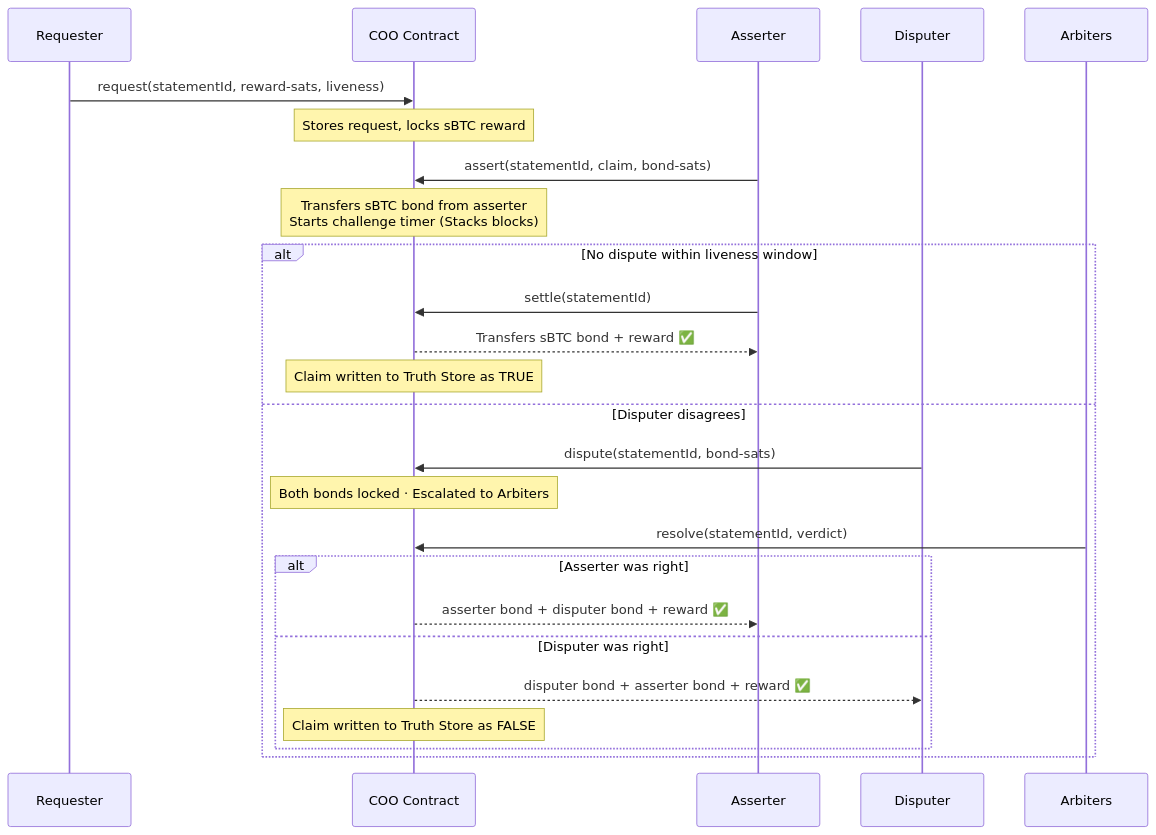
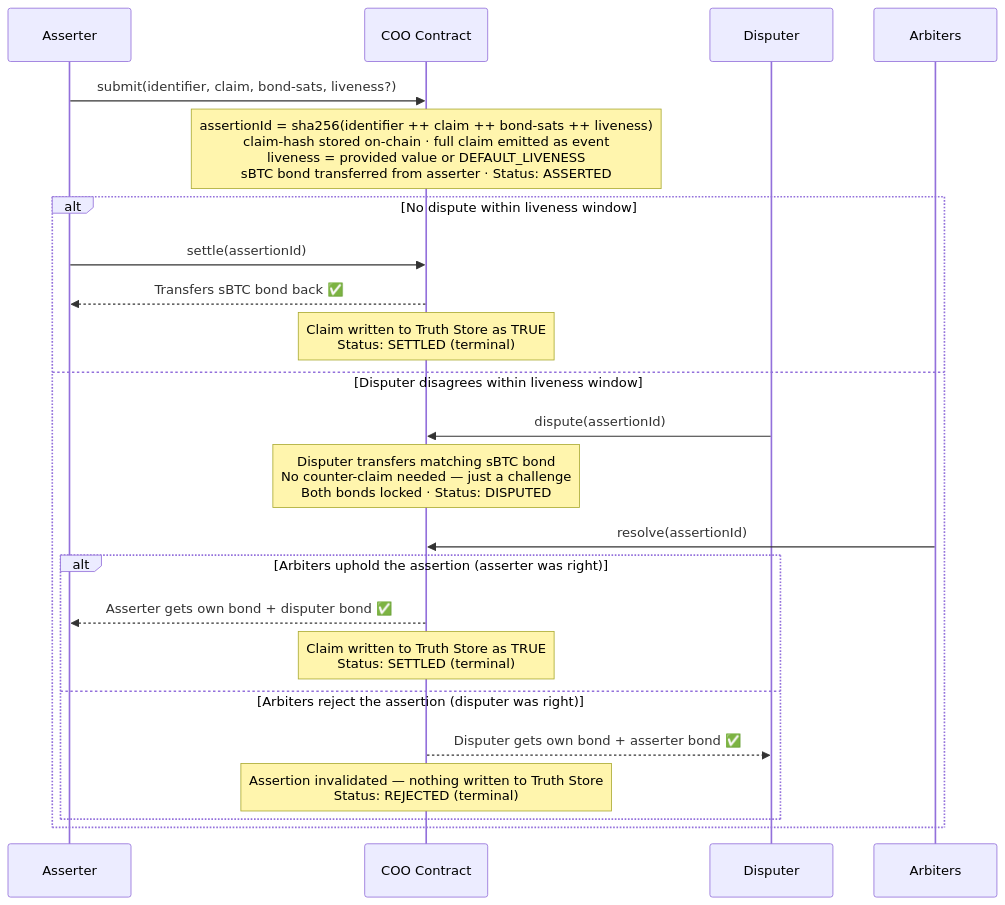
Before and after one commit to lucky-ivanius/coo: the first of 2 diagrams in docs/ARCHITECTURE.md, drawn with Mermaid. The commit also changed other lines of this file and 2 other files, not shown here.

````diff
--- a/docs/ARCHITECTURE.md
+++ b/docs/ARCHITECTURE.md
@@ -48,30 +50,27 @@
 ```mermaid
 sequenceDiagram
-    participant R as Requester
+    participant A as Asserter
     participant OO as COO Contract
-    participant A as Asserter
     participant D as Disputer
     participant G as Arbiters
 
-    R->>OO: request(statementId, reward-sats, liveness)
-    Note over OO: Stores request, locks sBTC reward
-
-    A->>OO: assert(statementId, claim, bond-sats)
-    Note over OO: Transfers sBTC bond from asserter<br/>Starts challenge timer (Stacks blocks)
+    A->>OO: submit(identifier, claim, bond-sats, liveness?)
+    Note over OO: assertionId = sha256(identifier ++ claim ++ bond-sats ++ liveness)<br/>claim-hash stored on-chain · full claim emitted as event<br/>liveness = provided value or DEFAULT_LIVENESS<br/>sBTC bond transferred from asserter · Status: ASSERTED
 
     alt No dispute within liveness window
-        A->>OO: settle(statementId)
-        OO-->>A: Transfers sBTC bond + reward ✅
-        Note over OO: Claim written to Truth Store as TRUE
-    else Disputer disagrees
-        D->>OO: dispute(statementId, bond-sats)
-        Note over OO: Both bonds locked · Escalated to Arbiters
-        G->>OO: resolve(statementId, verdict)
-        alt Asserter was right
-            OO-->>A: asserter bond + disputer bond + reward ✅
-        else Disputer was right
-            OO-->>D: disputer bond + asserter bond + reward ✅
-            Note over OO: Claim written to Truth Store as FALSE
+        A->>OO: settle(assertionId)
+        OO-->>A: Transfers sBTC bond back ✅
+        Note over OO: Claim written to Truth Store as TRUE<br/>Status: SETTLED (terminal)
+    else Disputer disagrees within liveness window
+        D->>OO: dispute(assertionId)
+        Note over OO: Disputer transfers matching sBTC bond<br/>No counter-claim needed — just a challenge<br/>Both bonds locked · Status: DISPUTED
+        G->>OO: resolve(assertionId)
+        alt Arbiters uphold the assertion (asserter was right)
+            OO-->>A: Asserter gets own bond + disputer bond ✅
+            Note over OO: Claim written to Truth Store as TRUE<br/>Status: SETTLED (terminal)
+        else Arbiters reject the assertion (disputer was right)
+            OO-->>D: Disputer gets own bond + asserter bond ✅
+            Note over OO: Assertion invalidated — nothing written to Truth Store<br/>Status: REJECTED (terminal)
         end
     end
 ```
````
